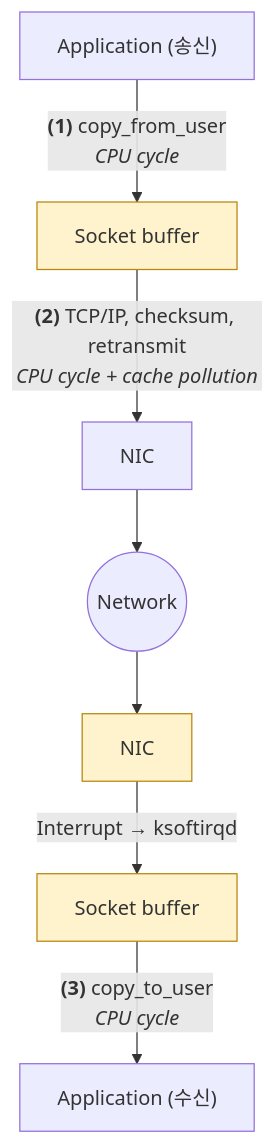
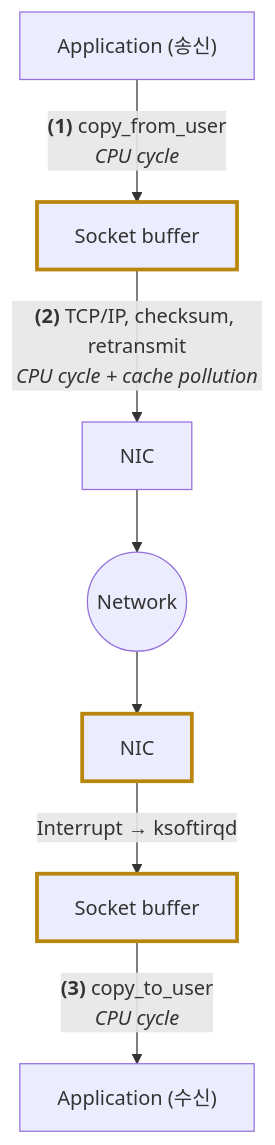
One commit to humbleowl39/DV_SKOOL changed the fifth of 7 diagrams in topics/rdma/docs/01_rdma_motivation.md. Above: the diagram before and after it, drawn with Mermaid. The commit also changed other lines of this file, not shown here.

````diff
--- a/topics/rdma/docs/01_rdma_motivation.md
+++ b/topics/rdma/docs/01_rdma_motivation.md
@@ -271,20 +271,20 @@
 ```mermaid
 flowchart TB
     AppS["Application (송신)"]
     SBS["Socket buffer"]
     NICS["NIC"]
     NET(("Network"))
     NICR["NIC"]
     SBR["Socket buffer"]
     AppR["Application (수신)"]
 
     AppS -- "<b>(1)</b> copy_from_user<br/><i>CPU cycle</i>" --> SBS
     SBS -- "<b>(2)</b> TCP/IP, checksum, retransmit<br/><i>CPU cycle + cache pollution</i>" --> NICS
     NICS --> NET
     NET --> NICR
     NICR -- "Interrupt → ksoftirqd" --> SBR
     SBR -- "<b>(3)</b> copy_to_user<br/><i>CPU cycle</i>" --> AppR
 
-    classDef cost fill:#fff3cd,stroke:#b8860b
+    classDef cost stroke:#b8860b,stroke-width:3px
     class SBS,SBR,NICR cost
 ```
````
